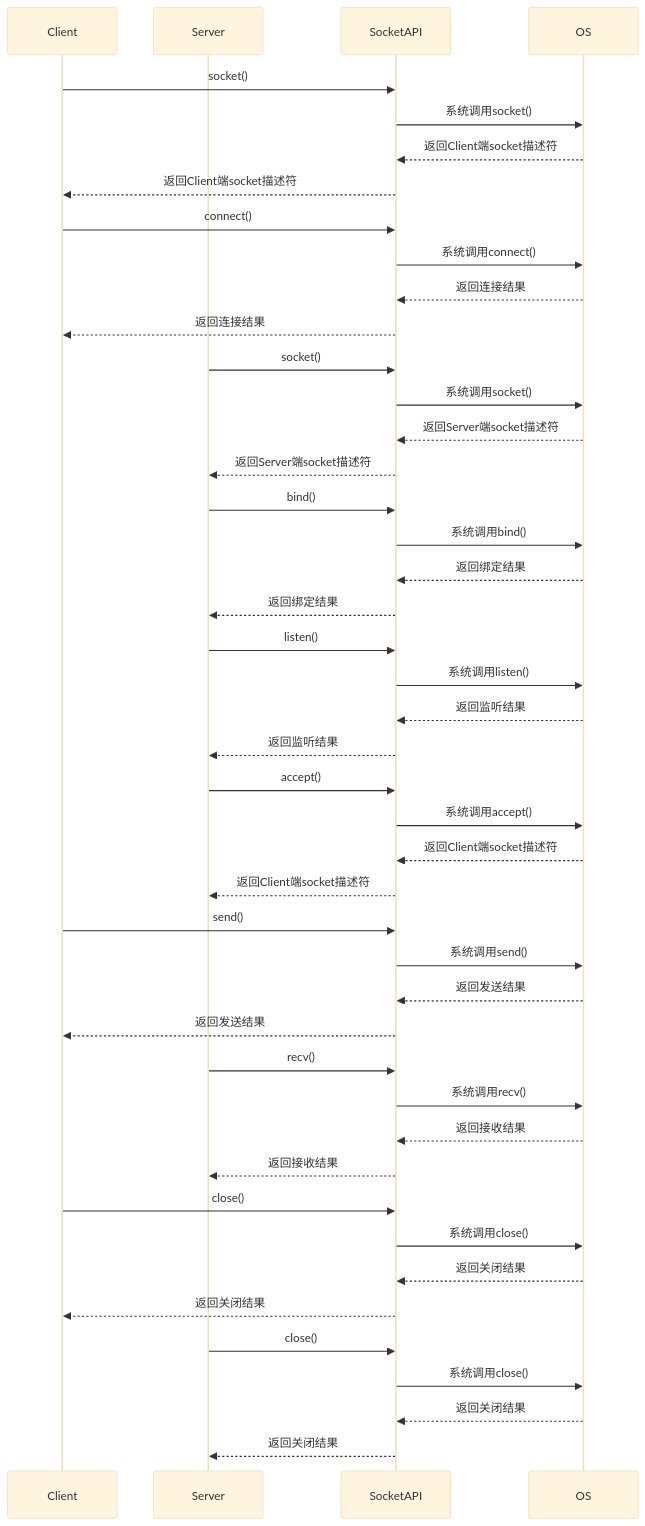
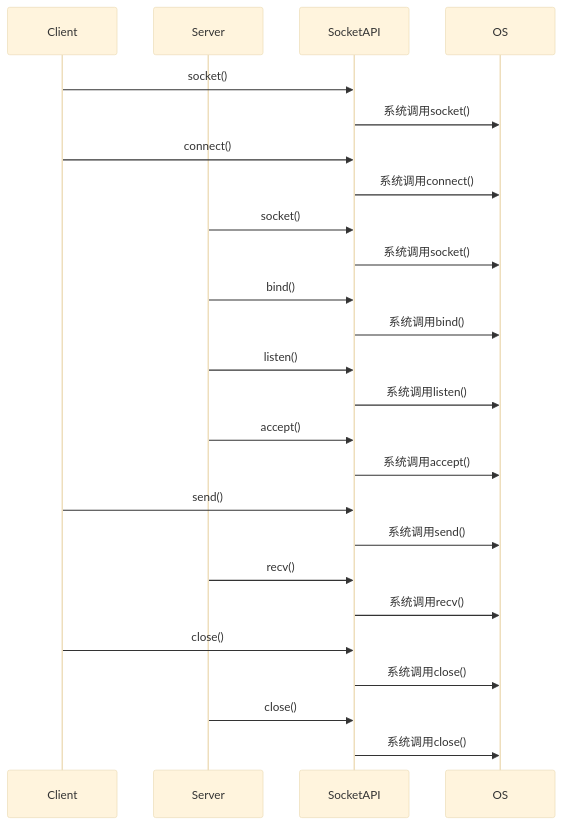
Before and after one commit to dmjcb/SelfBlog: the diagram in Network/Socket/2023-11-21-Socket原理.md, drawn with Mermaid (base theme). The commit also changed other lines of this file and 224 other files, not shown here.

````diff
--- a/Network/Socket/2023-11-21-Socket原理.md
+++ b/Network/Socket/2023-11-21-Socket原理.md
@@ -17,51 +15,31 @@
 ```mermaid
 sequenceDiagram
     participant Client
     participant Server
     participant SocketAPI
     participant OS
 
     Client->>SocketAPI: socket()
     SocketAPI->>OS: 系统调用socket()
-    OS-->>SocketAPI: 返回Client端socket描述符
-    SocketAPI-->>Client: 返回Client端socket描述符
     Client->>SocketAPI: connect()
     SocketAPI->>OS: 系统调用connect()
-    OS-->>SocketAPI: 返回连接结果
-    SocketAPI-->>Client: 返回连接结果
 
     Server->>SocketAPI: socket()
     SocketAPI->>OS: 系统调用socket()
-    OS-->>SocketAPI: 返回Server端socket描述符
-    SocketAPI-->>Server: 返回Server端socket描述符
     Server->>SocketAPI: bind()
     SocketAPI->>OS: 系统调用bind()
-    OS-->>SocketAPI: 返回绑定结果
-    SocketAPI-->>Server: 返回绑定结果
     Server->>SocketAPI: listen()
     SocketAPI->>OS: 系统调用listen()
-    OS-->>SocketAPI: 返回监听结果
-    SocketAPI-->>Server: 返回监听结果
     Server->>SocketAPI: accept()
     SocketAPI->>OS: 系统调用accept()
-    OS-->>SocketAPI: 返回Client端socket描述符
-    SocketAPI-->>Server: 返回Client端socket描述符
 
     Client->>SocketAPI: send()
     SocketAPI->>OS: 系统调用send()
-    OS-->>SocketAPI: 返回发送结果
-    SocketAPI-->>Client: 返回发送结果
     Server->>SocketAPI: recv()
     SocketAPI->>OS: 系统调用recv()
-    OS-->>SocketAPI: 返回接收结果
-    SocketAPI-->>Server: 返回接收结果
 
     Client->>SocketAPI: close()
     SocketAPI->>OS: 系统调用close()
-    OS-->>SocketAPI: 返回关闭结果
-    SocketAPI-->>Client: 返回关闭结果
     Server->>SocketAPI: close()
     SocketAPI->>OS: 系统调用close()
-    OS-->>SocketAPI: 返回关闭结果
-    SocketAPI-->>Server: 返回关闭结果
 ```
````
